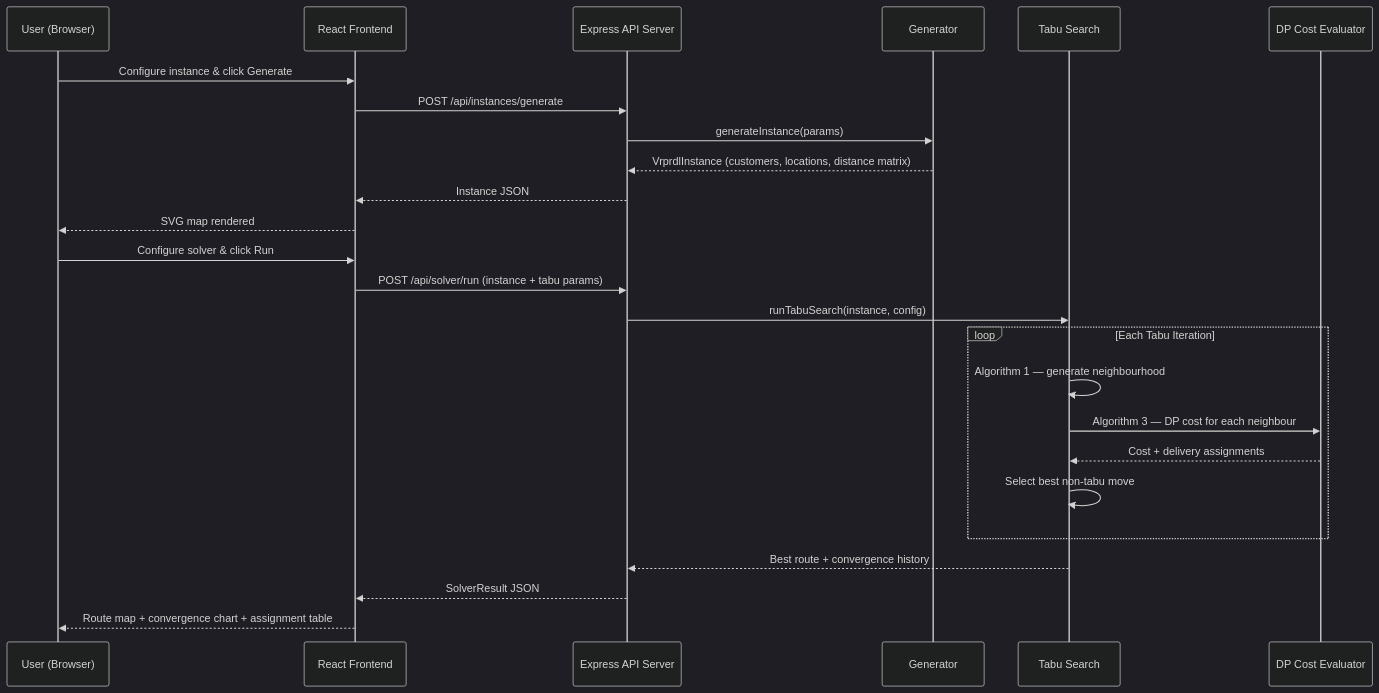
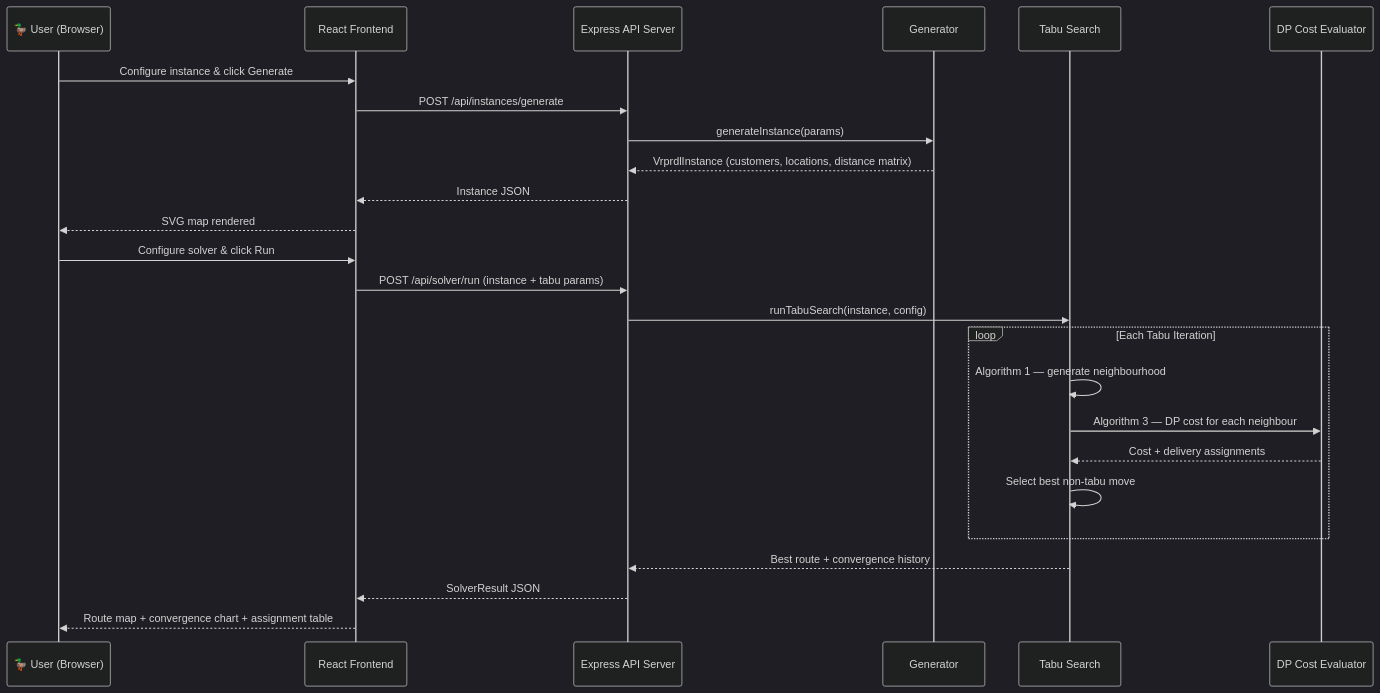
The first of 2 diagrams in README.md (apr0je/VRPRDLTRY), drawn with Mermaid (dark theme) before and after one commit. The commit also changed other lines of this file, not shown here.

````diff
--- a/README.md
+++ b/README.md
@@ -154,29 +189,29 @@
 ```mermaid
 sequenceDiagram
-    participant U as User (Browser)
+    participant U as 🦆 User (Browser)
     participant F as React Frontend
     participant A as Express API Server
     participant G as Generator
     participant T as Tabu Search
     participant D as DP Cost Evaluator
 
     U->>F: Configure instance & click Generate
     F->>A: POST /api/instances/generate
     A->>G: generateInstance(params)
     G-->>A: VrprdlInstance (customers, locations, distance matrix)
     A-->>F: Instance JSON
     F-->>U: SVG map rendered
 
     U->>F: Configure solver & click Run
     F->>A: POST /api/solver/run (instance + tabu params)
     A->>T: runTabuSearch(instance, config)
     loop Each Tabu Iteration
         T->>T: Algorithm 1 — generate neighbourhood
         T->>D: Algorithm 3 — DP cost for each neighbour
         D-->>T: Cost + delivery assignments
         T->>T: Select best non-tabu move
     end
     T-->>A: Best route + convergence history
     A-->>F: SolverResult JSON
     F-->>U: Route map + convergence chart + assignment table
 ```
````
